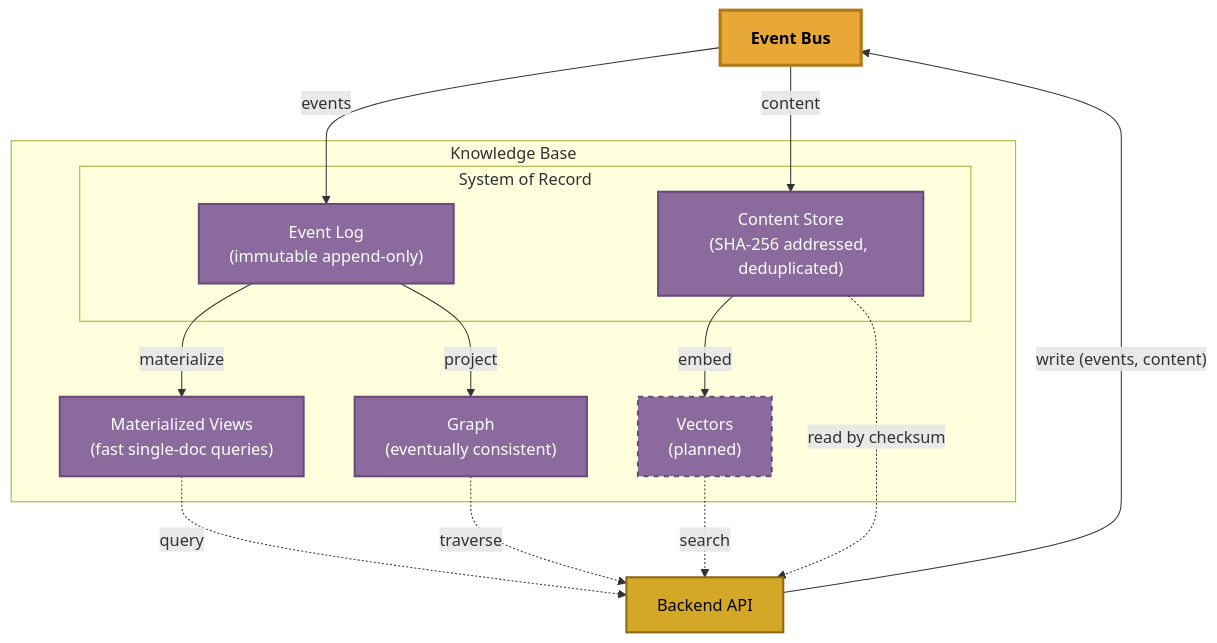
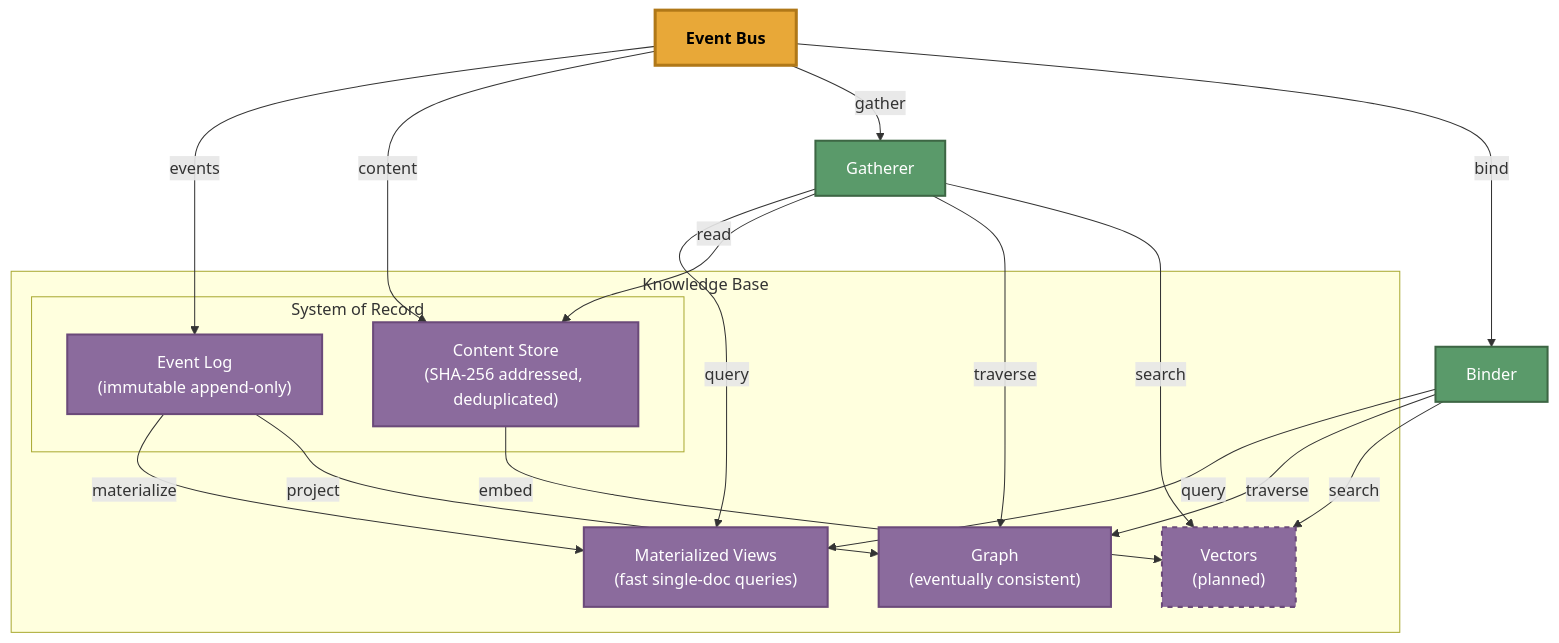
The third of 3 diagrams in docs/ARCHITECTURE-NEXT.md (The-AI-Alliance/semiont), drawn with Mermaid before and after one commit. The commit also changed other lines of this file, not shown here.

Commit message:
gatherer and binder to KB diagram

````diff
--- a/docs/ARCHITECTURE-NEXT.md
+++ b/docs/ARCHITECTURE-NEXT.md
@@ -98,35 +104,40 @@
 ```mermaid
 graph TB
     BUS["Event Bus"] -->|events| EVENTLOG
     BUS -->|content| CONTENT
+    BUS -->|"gather"| GATHERER["Gatherer"]
+    BUS -->|"bind"| BINDER["Binder"]
 
     subgraph kb ["Knowledge Base"]
         subgraph sor ["System of Record"]
             EVENTLOG["Event Log<br/>(immutable append-only)"]
             CONTENT["Content Store<br/>(SHA-256 addressed, deduplicated)"]
         end
         VIEWS["Materialized Views<br/>(fast single-doc queries)"]
         GRAPH["Graph<br/>(eventually consistent)"]
         VECTORS["Vectors<br/>(planned)"]
 
         EVENTLOG -->|materialize| VIEWS
         EVENTLOG -->|project| GRAPH
         CONTENT -->|embed| VECTORS
     end
 
-    BE["Backend API"] -->|"write (events, content)"| BUS
-    VIEWS -.->|query| BE
-    CONTENT -.->|read by checksum| BE
-    GRAPH -.->|traverse| BE
-    VECTORS -.->|search| BE
+    GATHERER -->|query| VIEWS
+    GATHERER -->|read| CONTENT
+    GATHERER -->|traverse| GRAPH
+    GATHERER -->|search| VECTORS
+
+    BINDER -->|query| VIEWS
+    BINDER -->|traverse| GRAPH
+    BINDER -->|search| VECTORS
 
     classDef bus fill:#e8a838,stroke:#b07818,stroke-width:3px,color:#000,font-weight:bold
     classDef store fill:#8b6b9d,stroke:#6b4a7a,stroke-width:2px,color:#fff
-    classDef api fill:#d4a827,stroke:#8b6914,stroke-width:2px,color:#000
     classDef planned fill:#8b6b9d,stroke:#6b4a7a,stroke-width:2px,color:#fff,stroke-dasharray: 5 5
+    classDef worker fill:#5a9a6a,stroke:#3d6644,stroke-width:2px,color:#fff
 
     class BUS bus
     class EVENTLOG,VIEWS,CONTENT,GRAPH store
     class VECTORS planned
-    class BE api
+    class GATHERER,BINDER worker
 ```
````
